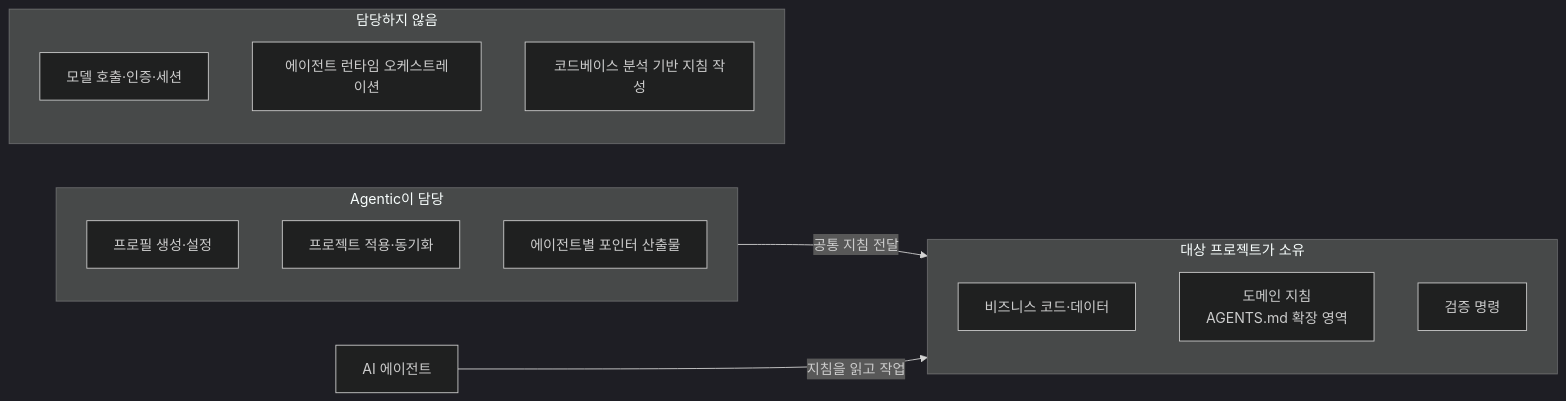
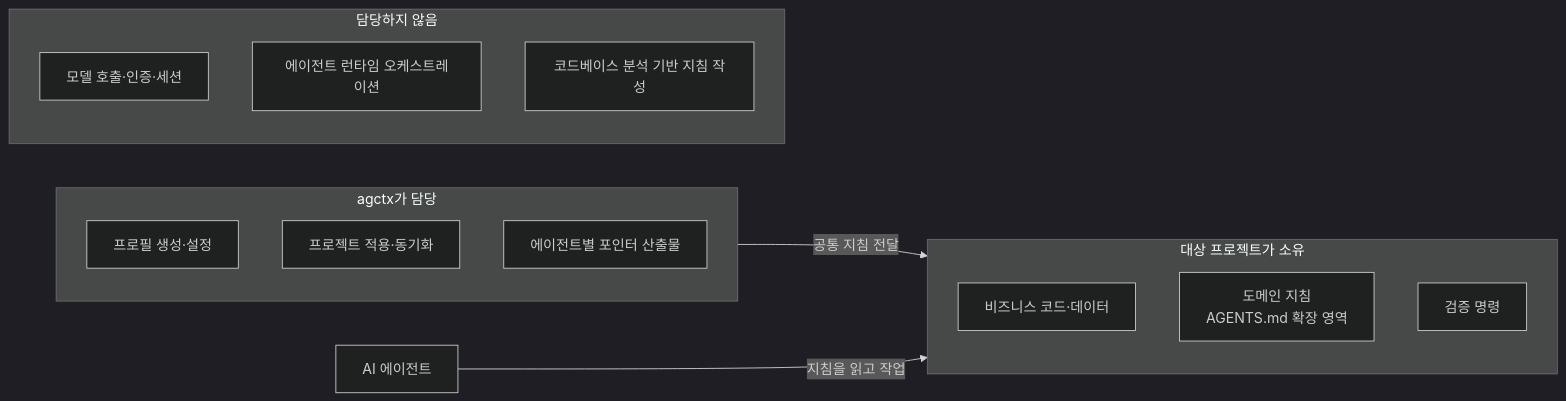
One commit to IsthisLee/agent-context-manager changed the diagram in docs/product-direction.md. Above: the diagram before and after it, drawn with Mermaid (dark theme). The commit also changed other lines of this file and 73 other files, not shown here.

````diff
--- a/docs/product-direction.md
+++ b/docs/product-direction.md
@@ -33,20 +33,20 @@
 ```mermaid
 flowchart LR
-  subgraph OWN["Agentic이 담당"]
+  subgraph OWN["agctx가 담당"]
     O1["프로필 생성·설정"]
     O2["프로젝트 적용·동기화"]
     O3["에이전트별 포인터 산출물"]
   end
   subgraph PROJECT["대상 프로젝트가 소유"]
     P1["비즈니스 코드·데이터"]
     P2["도메인 지침<br/>AGENTS.md 확장 영역"]
     P3["검증 명령"]
   end
   subgraph OUT["담당하지 않음"]
     X1["모델 호출·인증·세션"]
     X2["에이전트 런타임 오케스트레이션"]
     X3["코드베이스 분석 기반 지침 작성"]
   end
   OWN -->|"공통 지침 전달"| PROJECT
   AGENT["AI 에이전트"] -->|"지침을 읽고 작업"| PROJECT
 ```
````
